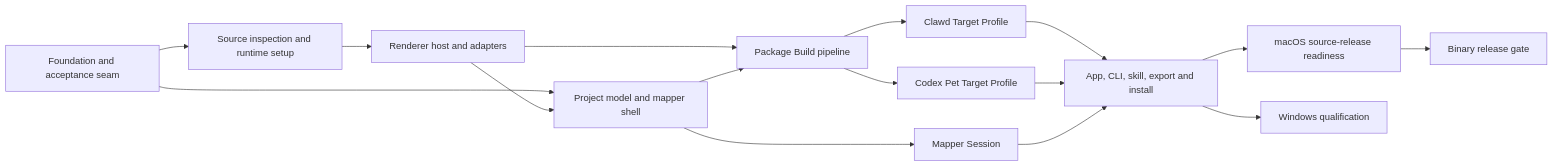
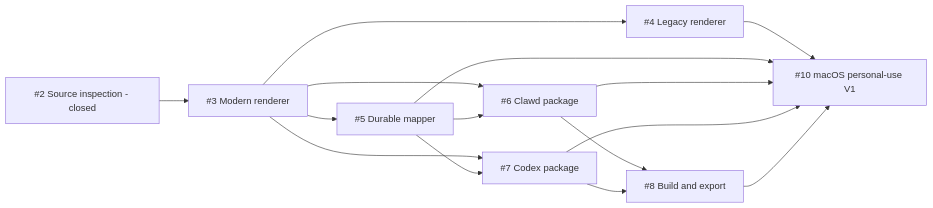
One commit to receyuki/live2pet changed the diagram in docs/plans/live2pet-v1-implementation-plan.md. Above: the diagram before and after it, drawn with Mermaid. The commit also changed other lines of this file and 5 other files, not shown here.

Commit message:
docs: rescope personal-use v1 roadmap

````diff
--- a/docs/plans/live2pet-v1-implementation-plan.md
+++ b/docs/plans/live2pet-v1-implementation-plan.md
@@ -56,18 +138,17 @@
 ```mermaid
 flowchart LR
-    A[Foundation and acceptance seam] --> B[Source inspection and runtime setup]
-    B --> C[Renderer host and adapters]
-    A --> D[Project model and mapper shell]
-    C --> D
-    C --> E[Package Build pipeline]
-    D --> E
-    E --> F[Clawd Target Profile]
-    E --> G[Codex Pet Target Profile]
-    D --> H[Mapper Session]
-    F --> I[App, CLI, skill, export and install]
-    G --> I
-    H --> I
-    I --> J[macOS source-release readiness]
-    J --> K[Binary release gate]
-    I --> L[Windows qualification]
+    I2[#2 Source inspection - closed] --> I3[#3 Modern renderer]
+    I3 --> I4[#4 Legacy renderer]
+    I3 --> I5[#5 Durable mapper]
+    I3 --> I6[#6 Clawd package]
+    I5 --> I6
+    I3 --> I7[#7 Codex package]
+    I5 --> I7
+    I6 --> I8[#8 Build and export]
+    I7 --> I8
+    I4 --> I10[#10 macOS personal-use V1]
+    I5 --> I10
+    I6 --> I10
+    I7 --> I10
+    I8 --> I10
 ```
````
